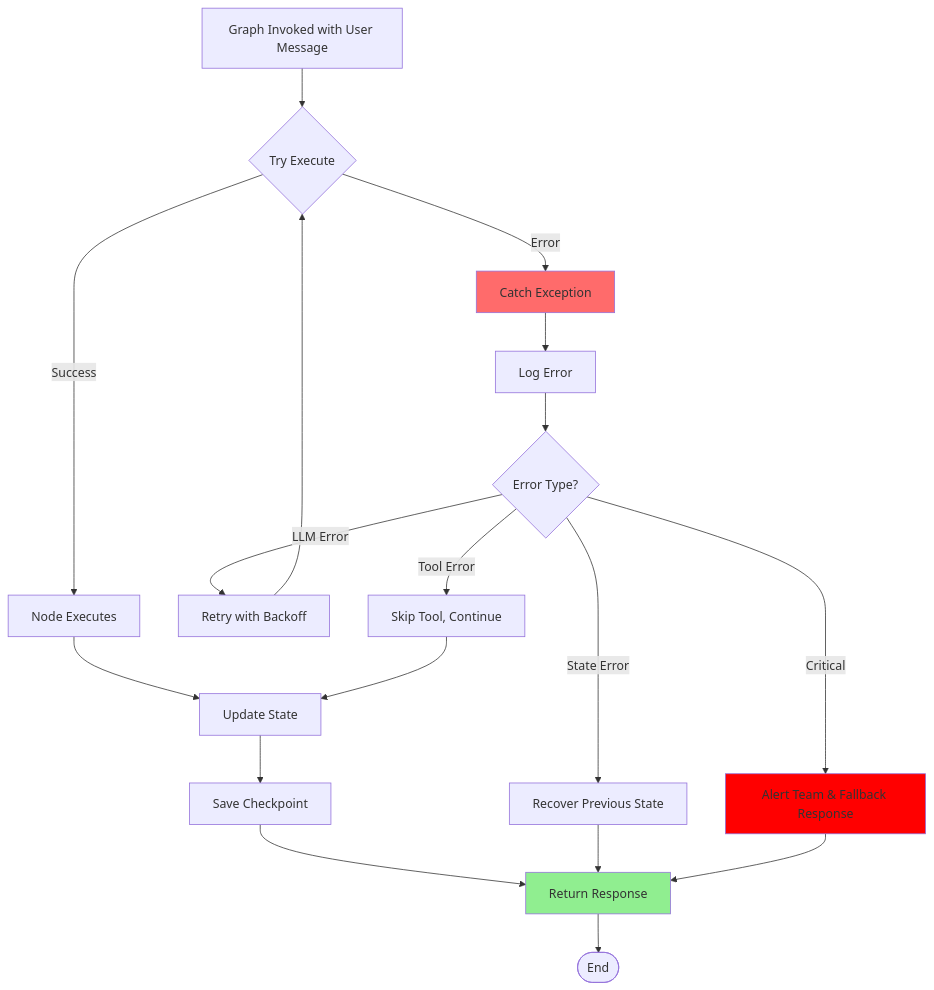
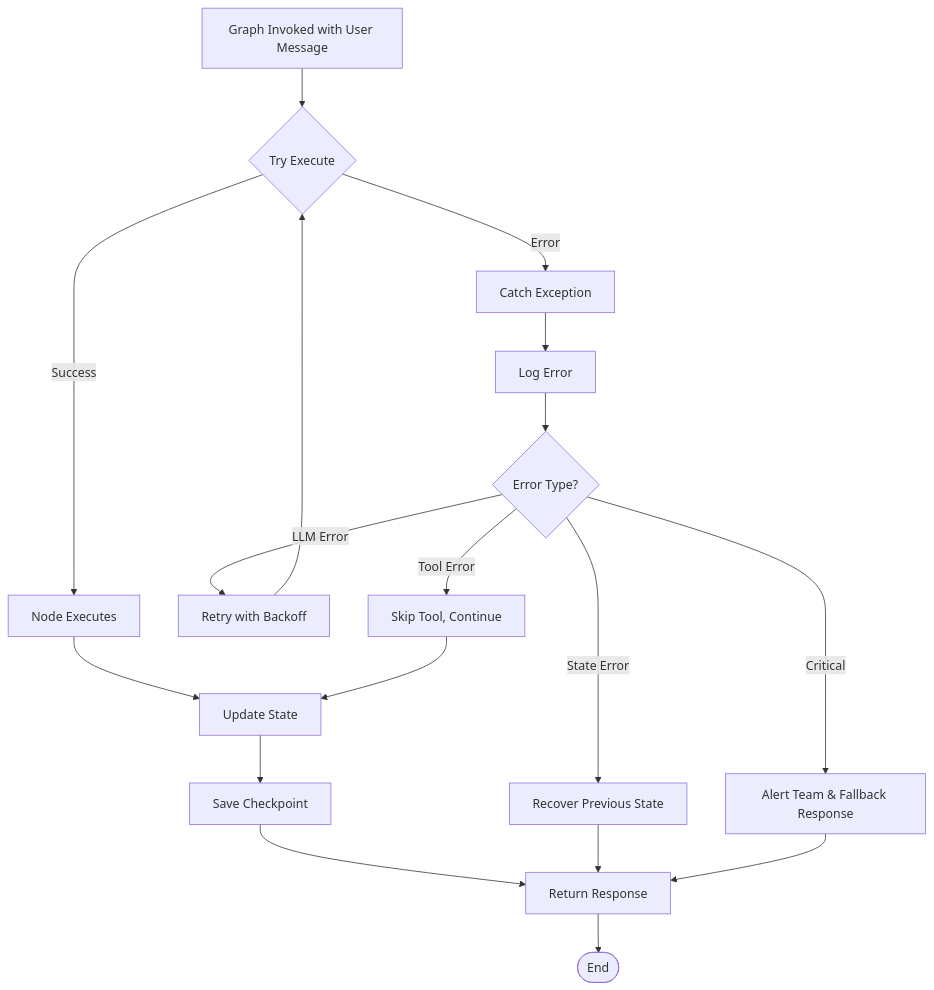
One commit to blockvoltcr7/langgraph-supervisors changed diagram 11 of 23 in limitlessos/ARCHITECTURE_DIAGRAMS.md. Above: the diagram before and after it, drawn with Mermaid. The commit also changed other lines of this file and 17 other files, not shown here.

````diff
--- a/limitlessos/ARCHITECTURE_DIAGRAMS.md
+++ b/limitlessos/ARCHITECTURE_DIAGRAMS.md
@@ -492,32 +461,28 @@
 ```mermaid
 graph TD
     INVOKE[Graph Invoked with User Message]
     
     INVOKE --> TRY{Try Execute}
     
     TRY -->|Success| NODE[Node Executes]
     TRY -->|Error| CATCH[Catch Exception]
     
     NODE --> UPDATE[Update State]
     UPDATE --> SAVE[Save Checkpoint]
     SAVE --> RETURN[Return Response]
     
     CATCH --> LOG[Log Error]
     LOG --> FALLBACK{Error Type?}
     
     FALLBACK -->|LLM Error| RETRY[Retry with Backoff]
     FALLBACK -->|Tool Error| SKIP[Skip Tool, Continue]
     FALLBACK -->|State Error| RECOVER[Recover Previous State]
     FALLBACK -->|Critical| ALERT[Alert Team & Fallback Response]
     
     RETRY --> TRY
     SKIP --> UPDATE
     RECOVER --> RETURN
     ALERT --> RETURN
     
     RETURN --> END([End])
-    
-    style CATCH fill:#FF6B6B
-    style ALERT fill:#FF0000
-    style RETURN fill:#90EE90
 ```
````
